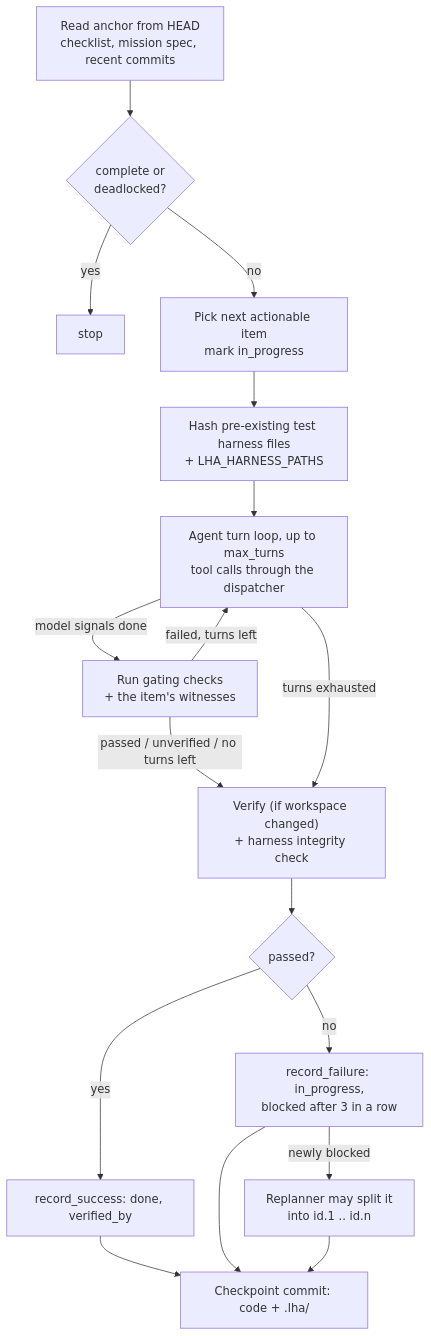
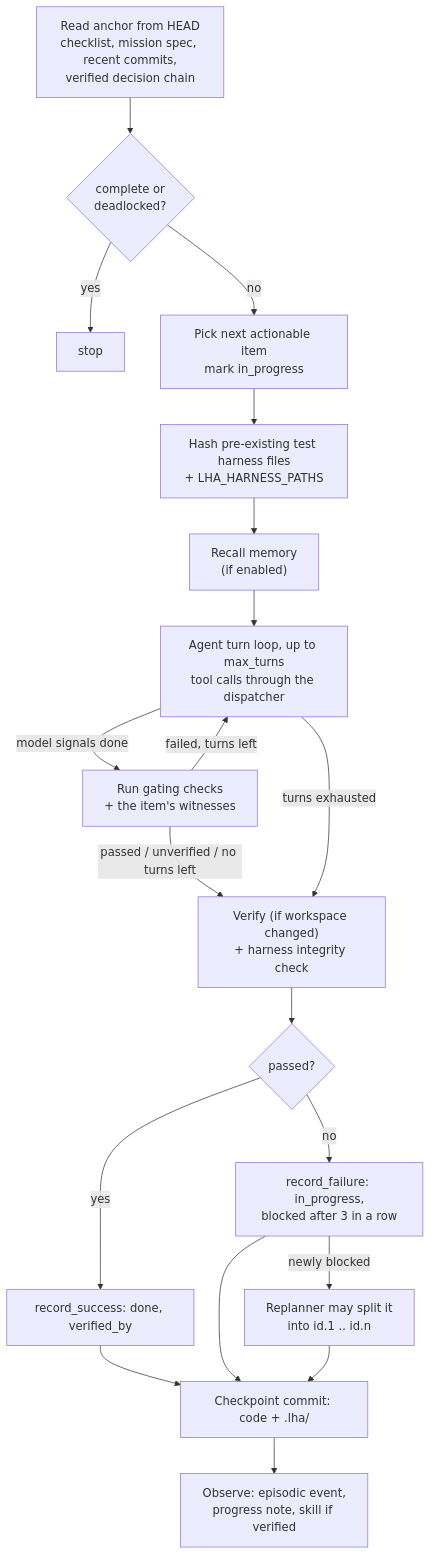
The fourth of 4 diagrams in docs/05-architecture.md (calvinchengx/long-horizon-agent), drawn with Mermaid before and after one commit. The commit also changed other lines of this file and 32 other files, not shown here.

````diff
--- a/docs/05-architecture.md
+++ b/docs/05-architecture.md
@@ -248,19 +324,21 @@
 ```mermaid
 flowchart TD
-    A["Read anchor from HEAD<br/>checklist, mission spec, recent commits"] --> B{"complete or<br/>deadlocked?"}
+    A["Read anchor from HEAD<br/>checklist, mission spec, recent commits,<br/>verified decision chain"] --> B{"complete or<br/>deadlocked?"}
     B -- yes --> Z["stop"]
     B -- no --> C["Pick next actionable item<br/>mark in_progress"]
     C --> D["Hash pre-existing test harness files<br/>+ LHA_HARNESS_PATHS"]
-    D --> E["Agent turn loop, up to max_turns<br/>tool calls through the dispatcher"]
+    D --> M["Recall memory<br/>(if enabled)"]
+    M --> E["Agent turn loop, up to max_turns<br/>tool calls through the dispatcher"]
     E -- "model signals done" --> F["Run gating checks<br/>+ the item's witnesses"]
     F -- failed, turns left --> E
     F -- "passed / unverified / no turns left" --> G
     E -- "turns exhausted" --> G["Verify (if workspace changed)<br/>+ harness integrity check"]
     G --> H{"passed?"}
     H -- yes --> I["record_success: done, verified_by"]
     H -- no --> J["record_failure: in_progress,<br/>blocked after 3 in a row"]
     J -- "newly blocked" --> S["Replanner may split it<br/>into id.1 .. id.n"]
     I --> K["Checkpoint commit: code + .lha/"]
     J --> K
     S --> K
+    K --> O["Observe: episodic event,<br/>progress note, skill if verified"]
 ```
````
